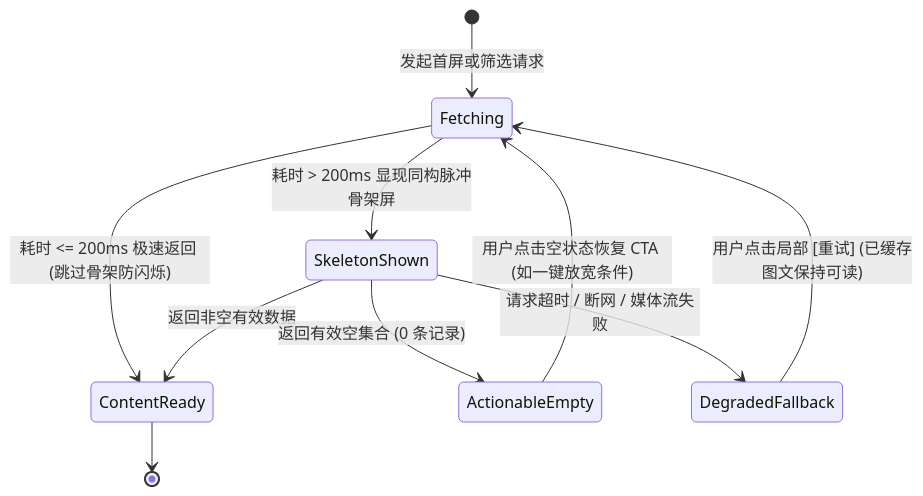
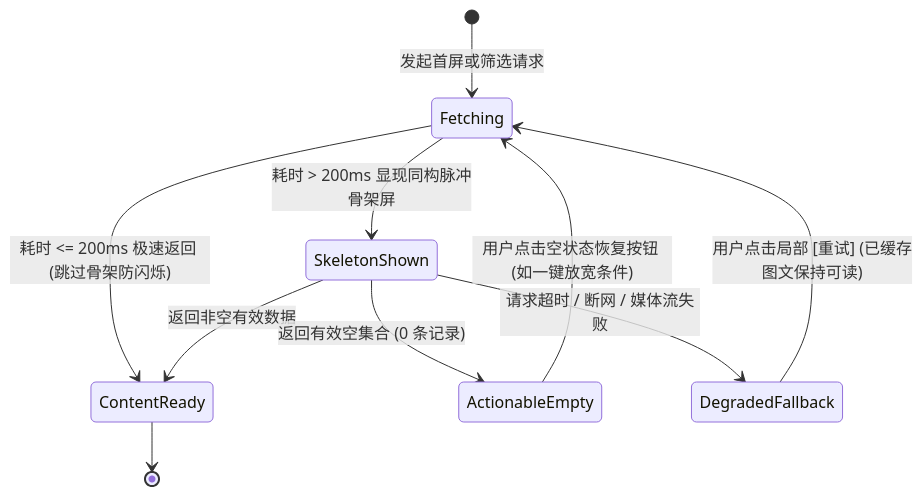
Before and after one commit to icecream154/Cookbook: the third of 3 diagrams in Product/spec/05-components-and-patterns/interaction-patterns.md, drawn with Mermaid. The commit also changed other lines of this file and 43 other files, not shown here.

````diff
--- a/Product/spec/05-components-and-patterns/interaction-patterns.md
+++ b/Product/spec/05-components-and-patterns/interaction-patterns.md
@@ -93,12 +93,12 @@
 ```mermaid
 stateDiagram-v2
     [*] --> Fetching: 发起首屏或筛选请求
     Fetching --> ContentReady: 耗时 <= 200ms 极速返回 (跳过骨架防闪烁)
     Fetching --> SkeletonShown: 耗时 > 200ms 显现同构脉冲骨架屏
     SkeletonShown --> ContentReady: 返回非空有效数据
     SkeletonShown --> ActionableEmpty: 返回有效空集合 (0 条记录)
     SkeletonShown --> DegradedFallback: 请求超时 / 断网 / 媒体流失败
-    ActionableEmpty --> Fetching: 用户点击空状态恢复 CTA (如一键放宽条件)
+    ActionableEmpty --> Fetching: 用户点击空状态恢复按钮 (如一键放宽条件)
     DegradedFallback --> Fetching: 用户点击局部 [重试] (已缓存图文保持可读)
     ContentReady --> [*]
 ```
````
